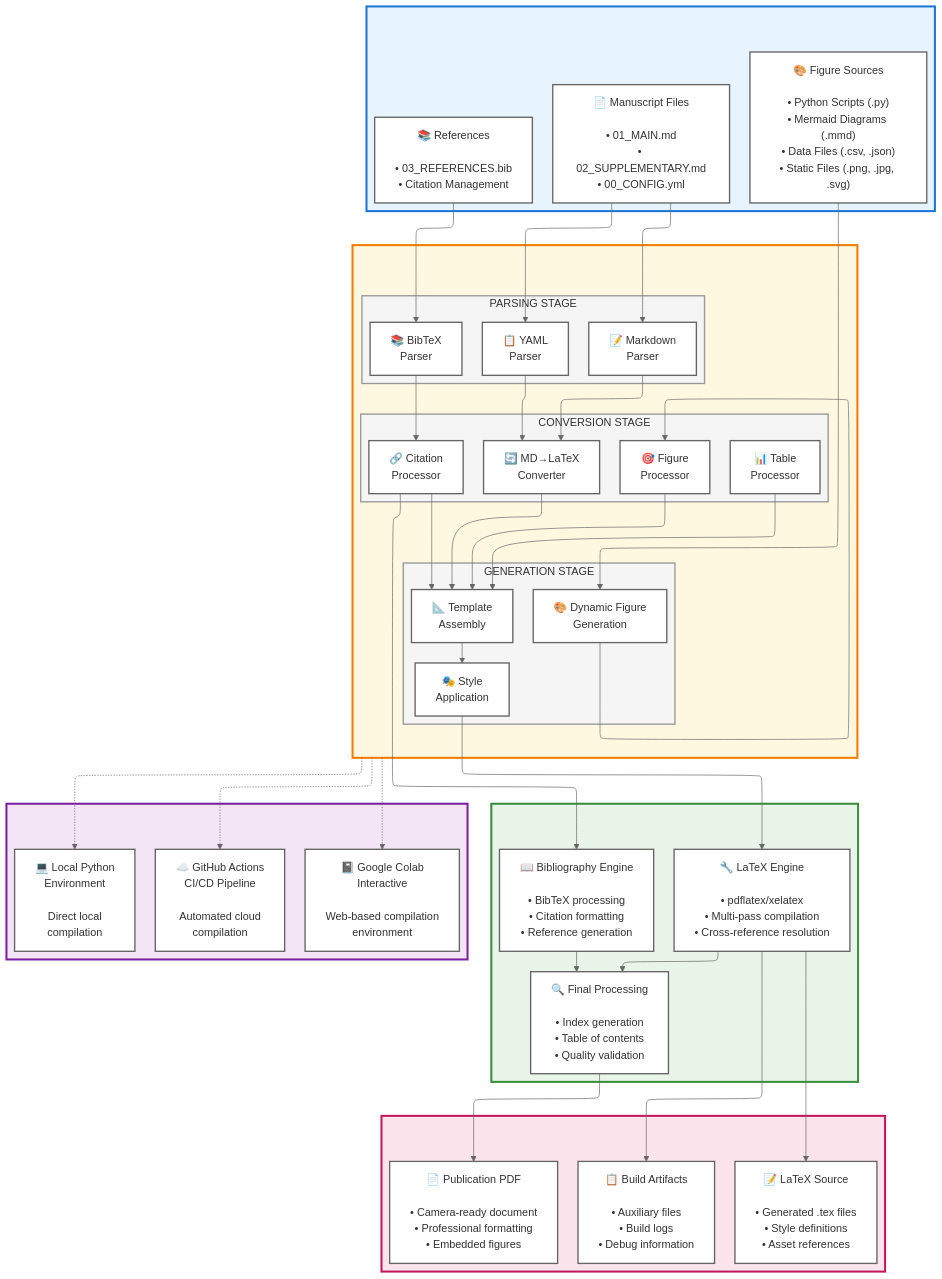
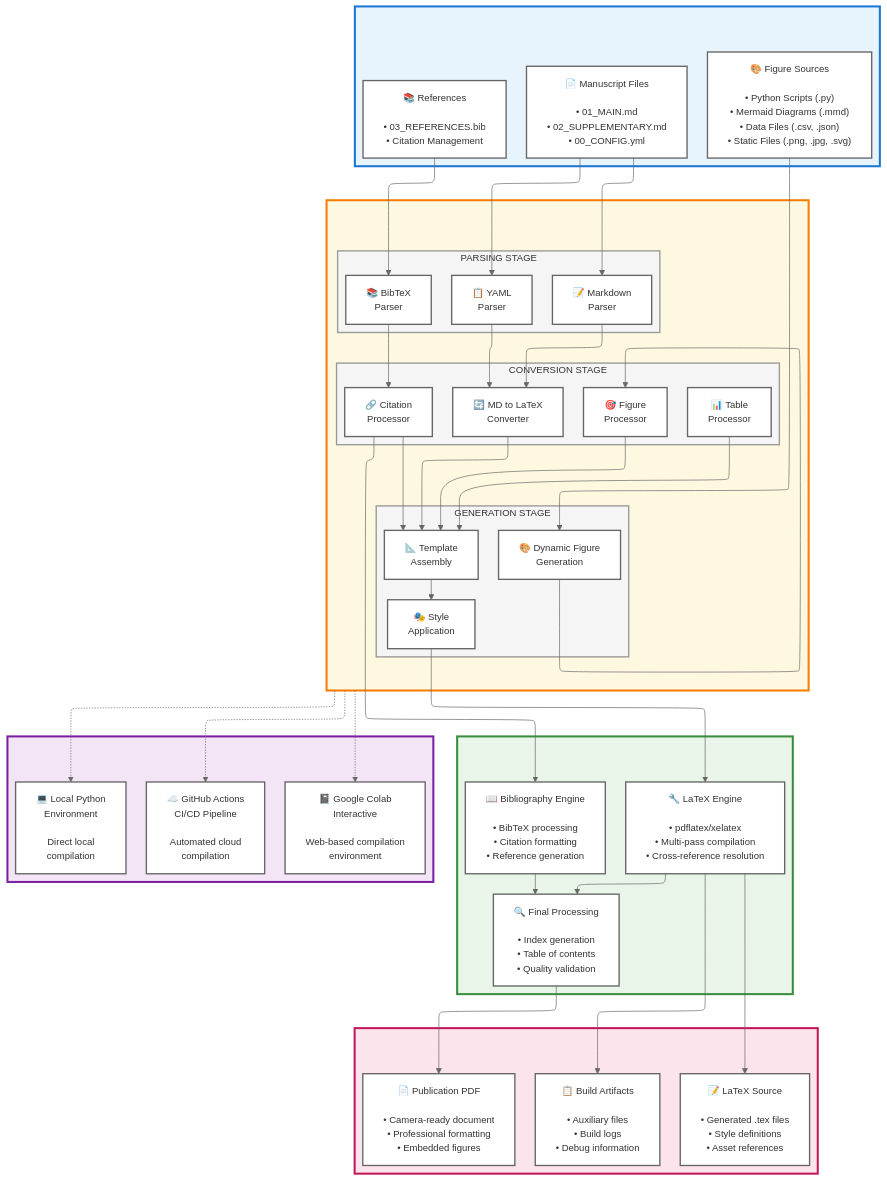
The diagram in EXAMPLE_MANUSCRIPT/FIGURES/SFigure_1.mmd (paxcalpt/rxiv-maker), drawn with Mermaid before and after one commit. The commit also changed 28 other files, not shown here.

```diff
--- a/EXAMPLE_MANUSCRIPT/FIGURES/SFigure_1.mmd
+++ b/EXAMPLE_MANUSCRIPT/FIGURES/SFigure_1.mmd
@@ -1,119 +1,119 @@
 ---
 config:
   theme: base
   themeVariables:
     fontFamily: 'Arial, Helvetica, sans-serif'
-    fontSize: 16px
+    fontSize: 14px
     primaryColor: '#ffffff'
     primaryTextColor: '#333333'
     primaryBorderColor: '#cccccc'
     lineColor: '#666666'
     background: '#ffffff'
   layout: elk
 ---
 flowchart TD
  subgraph A[" "]
     direction TB
       A1["📄 Manuscript Files<br><br>• 01_MAIN.md<br>• 02_SUPPLEMENTARY.md<br>• 00_CONFIG.yml"]
       A2["📚 References<br><br>• 03_REFERENCES.bib<br>• Citation Management"]
       A3["🎨 Figure Sources<br><br>• Python Scripts (.py)<br>• Mermaid Diagrams (.mmd)<br>• Data Files (.csv, .json)<br>• Static Files (.png, .jpg, .svg)"]
   end
  subgraph B1[PARSING STAGE]
     direction LR
         B1A["📝 Markdown<br>Parser"]
         B1B["📋 YAML<br>Parser"]
         B1C["📚 BibTeX<br>Parser"]
   end
  subgraph B2[CONVERSION STAGE]
     direction LR
-        B2A["🔄 MD→LaTeX<br>Converter"]
+        B2A["🔄 MD to LaTeX<br>Converter"]
         B2B["🎯 Figure<br>Processor"]
         B2C["📊 Table<br>Processor"]
         B2D["🔗 Citation<br>Processor"]
   end
  subgraph B3[GENERATION STAGE]
     direction LR
         B3A["🎨 Dynamic Figure<br>Generation"]
         B3B["📐 Template<br>Assembly"]
         B3C["🎭 Style<br>Application"]
   end
  subgraph B[" "]
     direction TB
         B1
         B2
         B3
   end
  subgraph C[" "]
     direction TB
         C1["🔧 LaTeX Engine<br><br>• pdflatex/xelatex<br>• Multi-pass compilation<br>• Cross-reference resolution"]
         C2["📖 Bibliography Engine<br><br>• BibTeX processing<br>• Citation formatting<br>• Reference generation"]
         C3["🔍 Final Processing<br><br>• Index generation<br>• Table of contents<br>• Quality validation"]
   end
  subgraph D[" "]
     direction TB
         D1["📄 Publication PDF<br><br>• Camera-ready document<br>• Professional formatting<br>• Embedded figures"]
         D2["📝 LaTeX Source<br><br>• Generated .tex files<br>• Style definitions<br>• Asset references"]
         D3["📋 Build Artifacts<br><br>• Auxiliary files<br>• Build logs<br>• Debug information"]
   end
  subgraph E[" "]
     direction LR
         E1["☁️ GitHub Actions<br>CI/CD Pipeline<br><br>Automated cloud<br>compilation"]
         E2["📓 Google Colab<br>Interactive<br><br>Web-based compilation<br>environment"]
         E3["💻 Local Python<br>Environment<br><br>Direct local<br>compilation"]
   end
     A1 --> B1A & B1B
     A2 --> B1C
     A3 --> B3A
     B1A --> B2A
     B1B --> B2A
     B1C --> B2D
     B2A --> B3B
     B2B --> B3B
     B2C --> B3B
     B2D --> B3B & C2
     B3A --> B2B
     B3B --> B3C
     B3C --> C1
     C1 --> C3 & D2 & D3
     C2 --> C3
     C3 --> D1
     B -.-> E1 & E2 & E3
 
     A1:::componentBox
     A2:::componentBox
     A3:::componentBox
     B1A:::componentBox
     B1B:::componentBox
     B1C:::componentBox
     B2A:::componentBox
     B2B:::componentBox
     B2C:::componentBox
     B2D:::componentBox
     B3A:::componentBox
     B3B:::componentBox
     B3C:::componentBox
     C1:::componentBox
     C2:::componentBox
     C3:::componentBox
     D1:::componentBox
     D2:::componentBox
     D3:::componentBox
     E1:::componentBox
     E2:::componentBox
     E3:::componentBox
     A:::inputBox
     B:::processBox
     C:::compileBox
     D:::outputBox
     E:::deployBox
     B1:::stageBox
     B2:::stageBox
     B3:::stageBox
 
     classDef inputBox fill:#e8f4fd,stroke:#1976d2,stroke-width:3px,color:#333
     classDef processBox fill:#fff8e1,stroke:#f57c00,stroke-width:3px,color:#333
     classDef compileBox fill:#e8f5e8,stroke:#388e3c,stroke-width:3px,color:#333
     classDef outputBox fill:#fce4ec,stroke:#c2185b,stroke-width:3px,color:#333
     classDef deployBox fill:#f3e5f5,stroke:#7b1fa2,stroke-width:3px,color:#333
     classDef stageBox fill:#f5f5f5,stroke:#999999,stroke-width:2px,color:#333
     classDef componentBox fill:#ffffff,stroke:#666666,stroke-width:2px,color:#333
```
